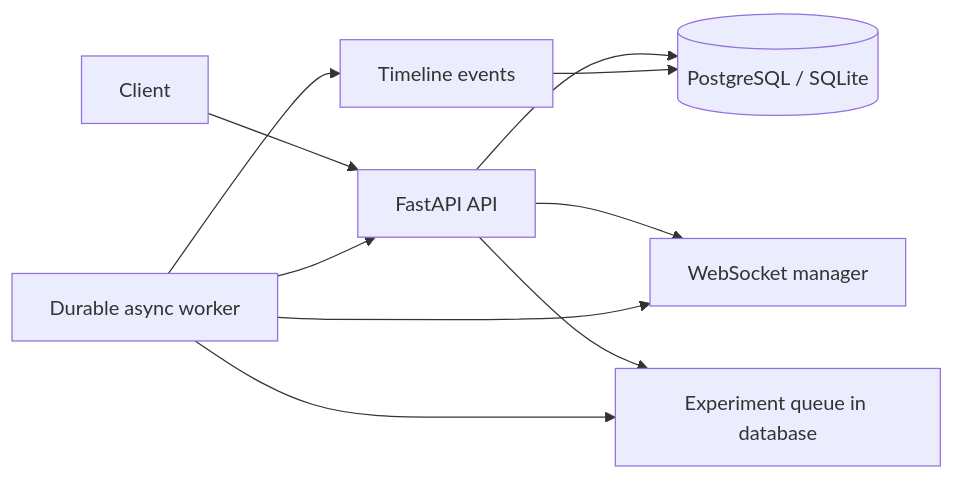
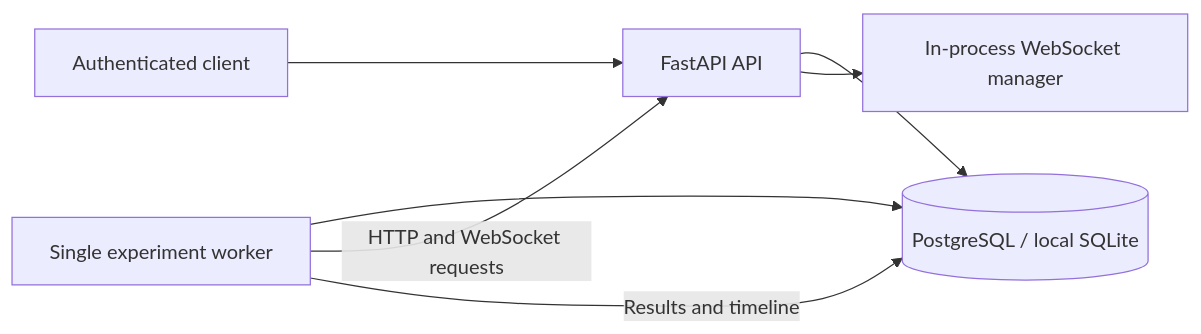
The first of 2 diagrams in README.md (quratulain-nayeem/RevokeLab), drawn with Mermaid before and after one commit. The commit also changed other lines of this file, not shown here.

````diff
--- a/README.md
+++ b/README.md
@@ -32,12 +79,9 @@
 ```mermaid
 flowchart LR
-    Client --> API[FastAPI API]
-    API --> DB[(PostgreSQL / SQLite)]
-    API --> WS[WebSocket manager]
-    API --> Queue[Experiment queue in database]
-    Worker[Durable async worker] --> Queue
-    Worker --> API
-    Worker --> WS
-    Worker --> Events[Timeline events]
-    Events --> DB
+    Client[Authenticated client] --> API[FastAPI API]
+    API --> DB[(PostgreSQL / local SQLite)]
+    API --> WS[In-process WebSocket manager]
+    Worker[Single experiment worker] --> DB
+    Worker -->|HTTP and WebSocket requests| API
+    Worker -->|Results and timeline| DB
 ```
````
